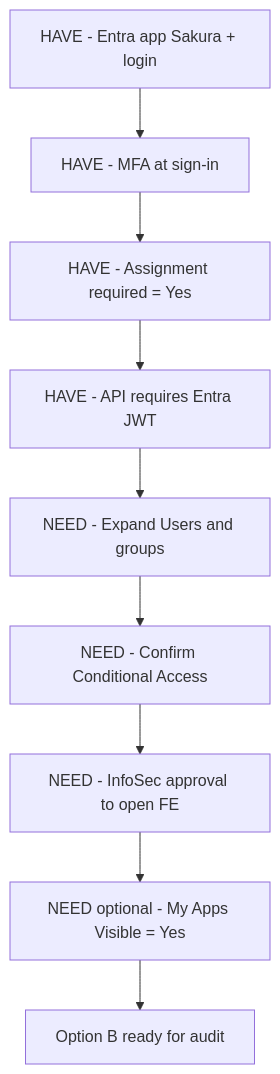
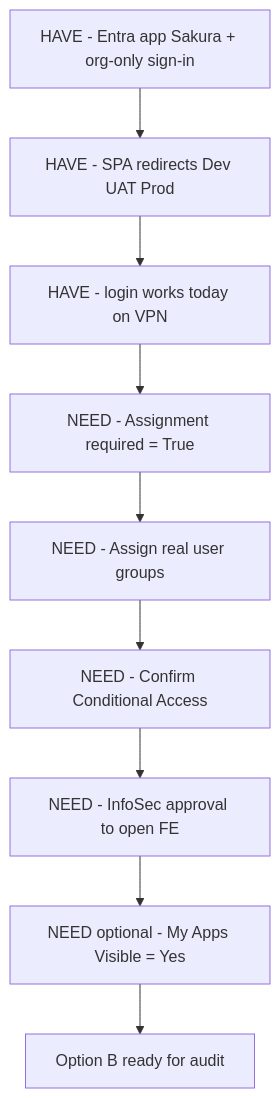
One commit to shashankdkte/dev-drop changed the third of 8 diagrams in sakura-v2/public/fe1.md. Above: the diagram before and after it, drawn with Mermaid. The commit also changed other lines of this file, not shown here.

````diff
--- a/sakura-v2/public/fe1.md
+++ b/sakura-v2/public/fe1.md
@@ -67,12 +72,12 @@
 ```mermaid
 flowchart TB
-  H1[HAVE - Entra app Sakura + login]
-  H1 --> H2[HAVE - MFA at sign-in]
-  H2 --> H3[HAVE - Assignment required = Yes]
-  H3 --> H4[HAVE - API requires Entra JWT]
-  H4 --> N1[NEED - Expand Users and groups]
-  N1 --> N2[NEED - Confirm Conditional Access]
-  N2 --> N3[NEED - InfoSec approval to open FE]
-  N3 --> N4[NEED optional - My Apps Visible = Yes]
-  N4 --> Done[Option B ready for audit]
+  H1[HAVE - Entra app Sakura + org-only sign-in]
+  H1 --> H2[HAVE - SPA redirects Dev UAT Prod]
+  H2 --> H3[HAVE - login works today on VPN]
+  H3 --> N1[NEED - Assignment required = True]
+  N1 --> N2[NEED - Assign real user groups]
+  N2 --> N3[NEED - Confirm Conditional Access]
+  N3 --> N4[NEED - InfoSec approval to open FE]
+  N4 --> N5[NEED optional - My Apps Visible = Yes]
+  N5 --> Done[Option B ready for audit]
 ```
````
